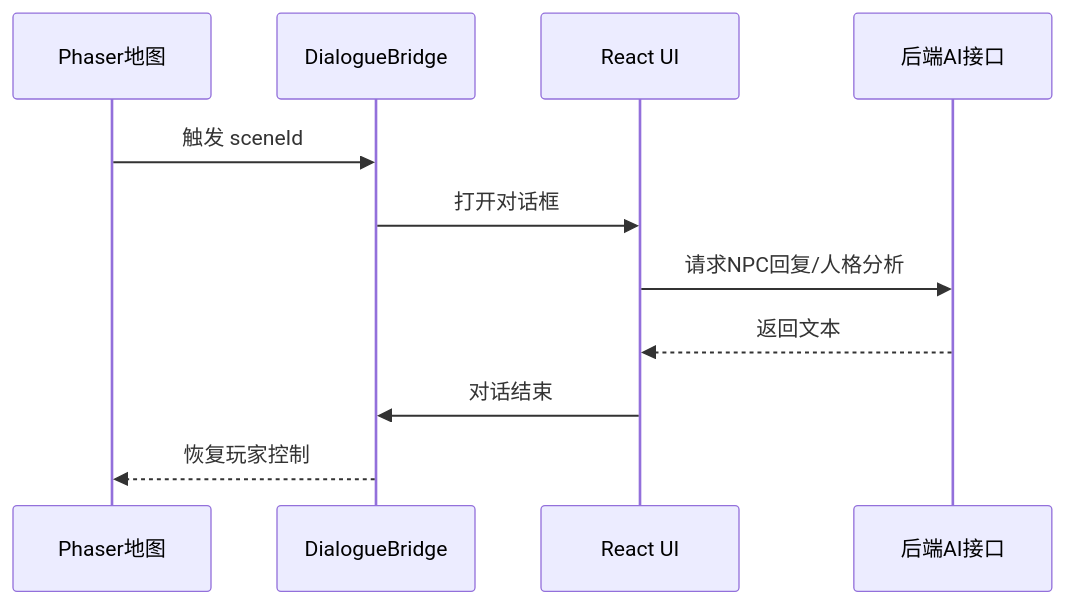
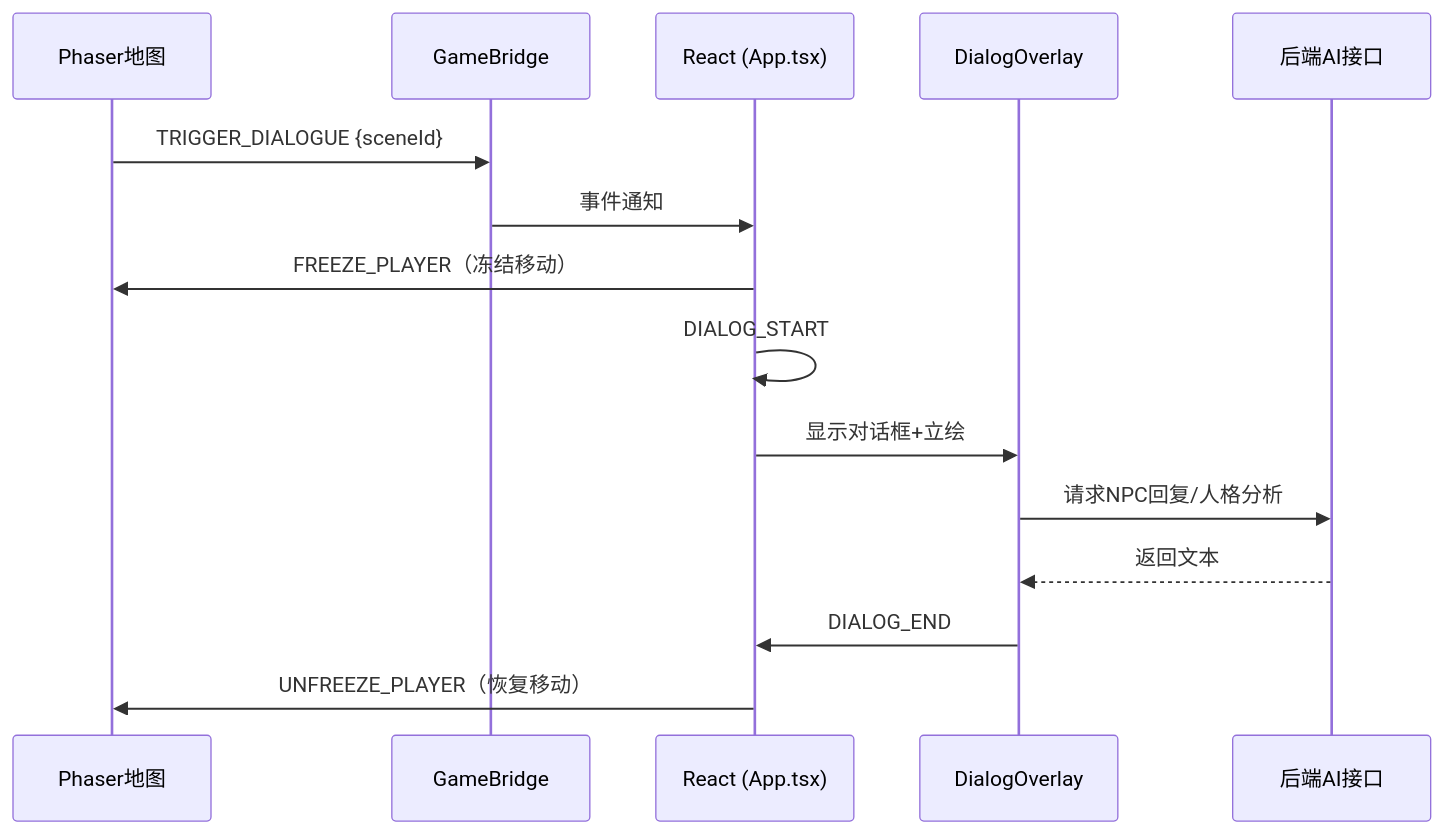
The second of 2 diagrams in docs/05_Phaser资源加载框架说明.md (Spring0602/Happy-Child), drawn with Mermaid before and after one commit. The commit also changed other lines of this file and 123 other files, not shown here.

Commit message:
feat: 集成Phaser地图系统、场景转换、对话组件、剧情选项设计报告及小说原稿

````diff
--- a/docs/05_Phaser资源加载框架说明.md
+++ b/docs/05_Phaser资源加载框架说明.md
@@ -268,13 +277,17 @@
 ```mermaid
 sequenceDiagram
     participant P as Phaser地图
-    participant B as DialogueBridge
-    participant R as React UI
+    participant B as GameBridge
+    participant R as React (App.tsx)
+    participant D as DialogOverlay
     participant AI as 后端AI接口
-    P->>B: 触发 sceneId
-    B->>R: 打开对话框
-    R->>AI: 请求NPC回复/人格分析
-    AI-->>R: 返回文本
-    R->>B: 对话结束
-    B-->>P: 恢复玩家控制
+    P->>B: TRIGGER_DIALOGUE {sceneId}
+    B->>R: 事件通知
+    R->>P: FREEZE_PLAYER（冻结移动）
+    R->>R: DIALOG_START
+    R->>D: 显示对话框+立绘
+    D->>AI: 请求NPC回复/人格分析
+    AI-->>D: 返回文本
+    D->>R: DIALOG_END
+    R->>P: UNFREEZE_PLAYER（恢复移动）
 ```
````
